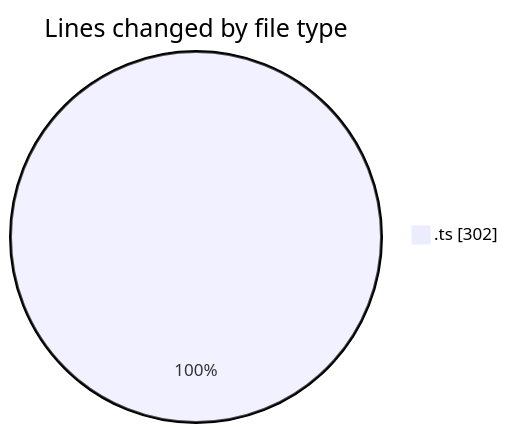
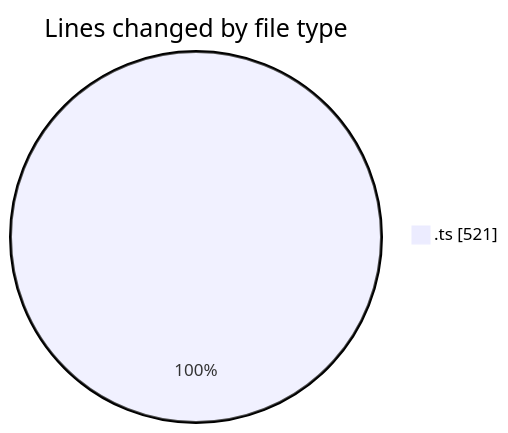
Before and after one commit to momahboobian/code-tracking: the first of 2 diagrams in 2025-06-24/cda/README.md, drawn with Mermaid. The commit also changed other lines of this file and 1 other file, not shown here.

````diff
--- a/2025-06-24/cda/README.md
+++ b/2025-06-24/cda/README.md
@@ -20,5 +20,5 @@
 ```mermaid
 pie showData
 title Lines changed by file type
-".ts" : 302
+".ts" : 521
 ```
````
